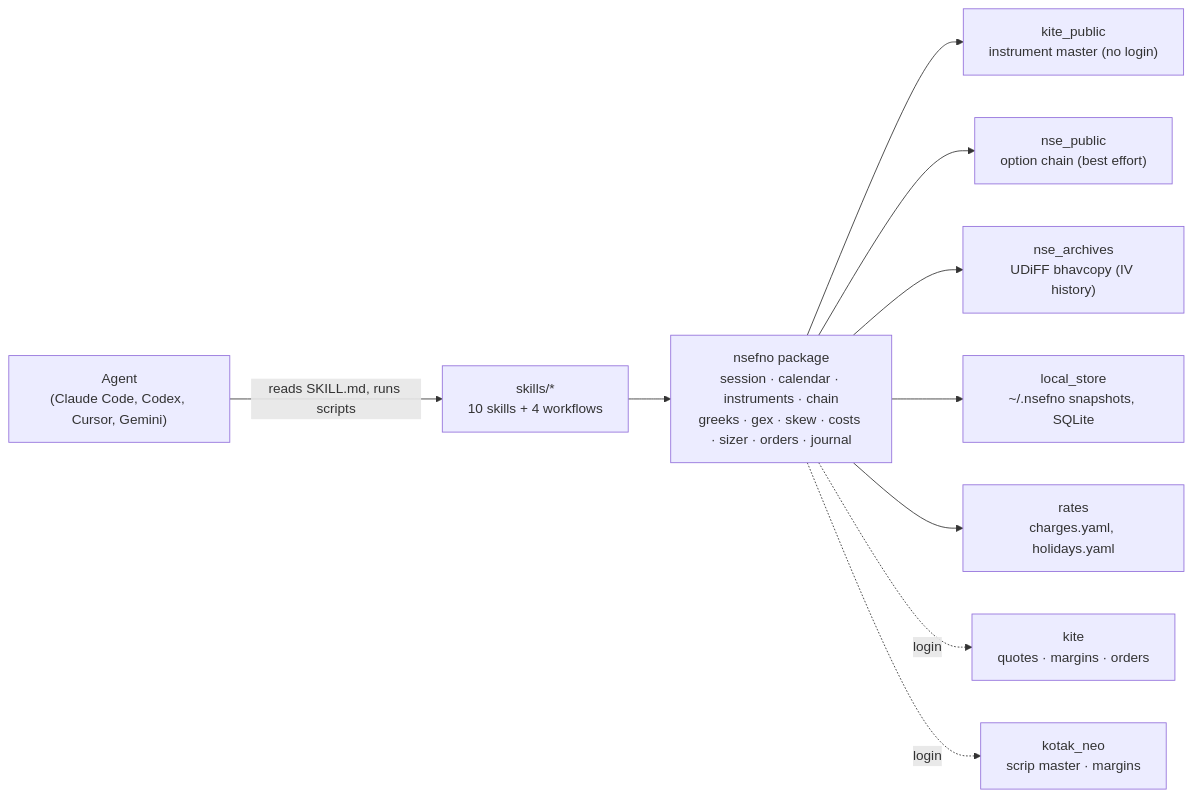
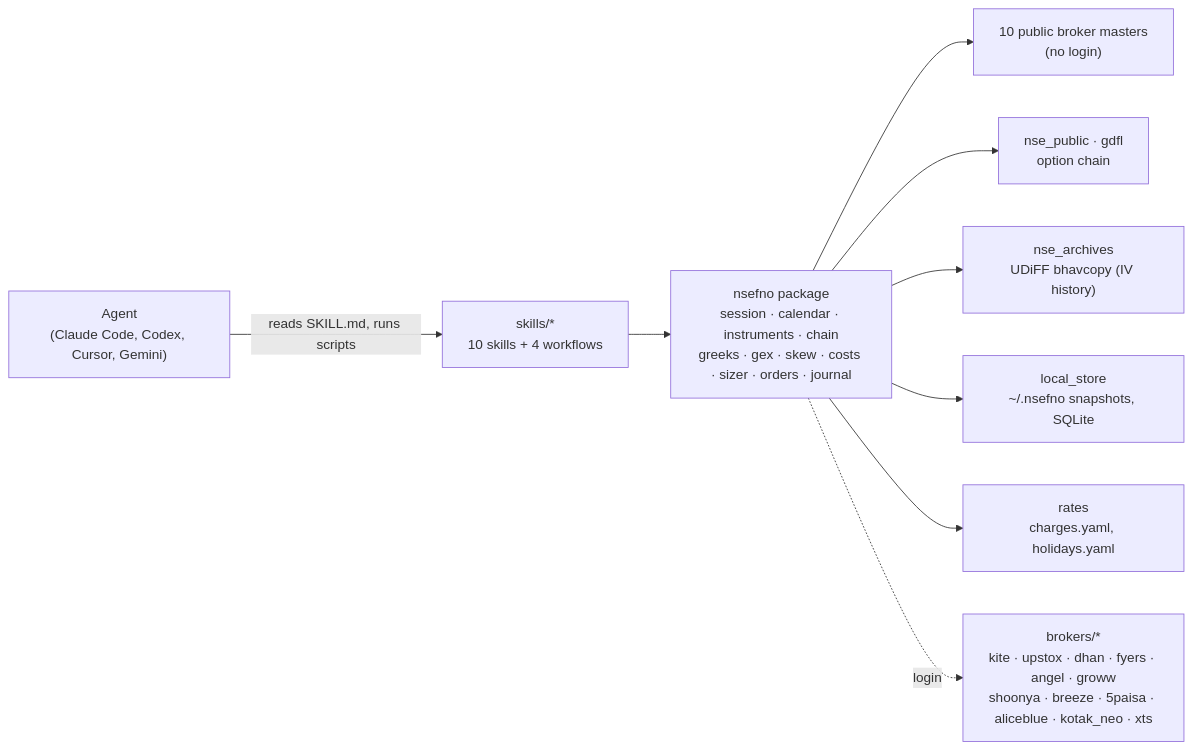
The diagram in README.md (MEMEO-PRO/nse-fo-skills), drawn with Mermaid before and after one commit. The commit also changed other lines of this file and 55 other files, not shown here.

````diff
--- a/README.md
+++ b/README.md
@@ -139,12 +174,11 @@
 ```mermaid
 flowchart LR
   A["Agent<br/>(Claude Code, Codex, Cursor, Gemini)"] -->|reads SKILL.md, runs scripts| S["skills/*<br/>10 skills + 4 workflows"]
   S --> P["nsefno package<br/>session · calendar · instruments · chain<br/>greeks · gex · skew · costs · sizer · orders · journal"]
-  P --> D1["kite_public<br/>instrument master (no login)"]
-  P --> D2["nse_public<br/>option chain (best effort)"]
+  P --> D1["10 public broker masters<br/>(no login)"]
+  P --> D2["nse_public · gdfl<br/>option chain"]
   P --> D3["nse_archives<br/>UDiFF bhavcopy (IV history)"]
   P --> D4["local_store<br/>~/.nsefno snapshots, SQLite"]
   P --> D5["rates<br/>charges.yaml, holidays.yaml"]
-  P -.login.-> B1["kite<br/>quotes · margins · orders"]
-  P -.login.-> B2["kotak_neo<br/>scrip master · margins"]
+  P -.login.-> B1["brokers/*<br/>kite · upstox · dhan · fyers · angel · groww<br/>shoonya · breeze · 5paisa · aliceblue · kotak_neo · xts"]
 ```
````
